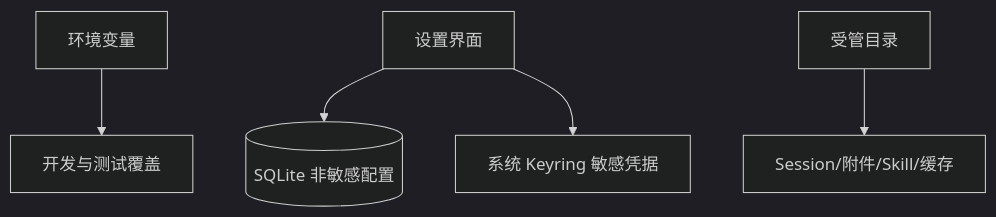
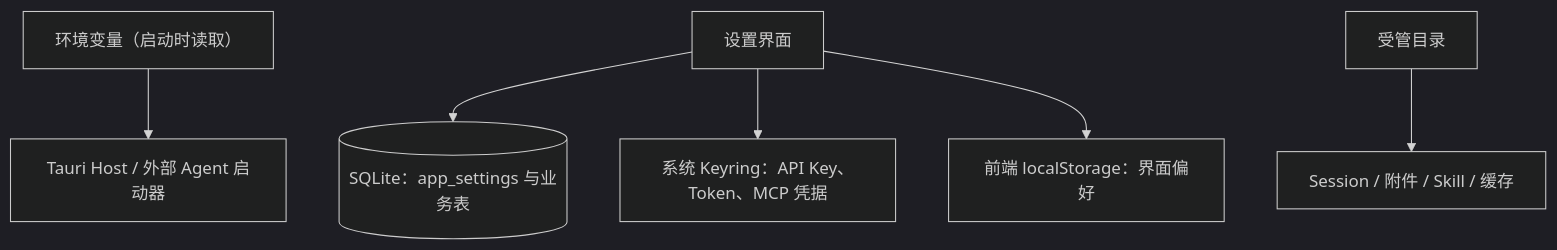
Before and after one commit to Hry1729/Fox-Agent: the diagram in docs/04-技术参考/配置参考.md, drawn with Mermaid (dark theme). The commit also changed other lines of this file, not shown here.

Commit message:
docs: 配置参考补充环境变量、app_settings 设置键与模型协议 [skip ci]

````diff
--- a/docs/04-技术参考/配置参考.md
+++ b/docs/04-技术参考/配置参考.md
@@ -10,7 +16,8 @@
 ```mermaid
 flowchart TD
-    ENV["环境变量"] --> DEV["开发与测试覆盖"]
-    UI["设置界面"] --> DB[("SQLite 非敏感配置")]
-    UI --> KEY["系统 Keyring 敏感凭据"]
-    FILE["受管目录"] --> ASSET["Session/附件/Skill/缓存"]
+    ENV["环境变量（启动时读取）"] --> HOST["Tauri Host / 外部 Agent 启动器"]
+    UI["设置界面"] --> DB[("SQLite：app_settings 与业务表")]
+    UI --> KEY["系统 Keyring：API Key、Token、MCP 凭据"]
+    UI --> LS["前端 localStorage：界面偏好"]
+    FILE["受管目录"] --> ASSET["Session / 附件 / Skill / 缓存"]
 ```
````
